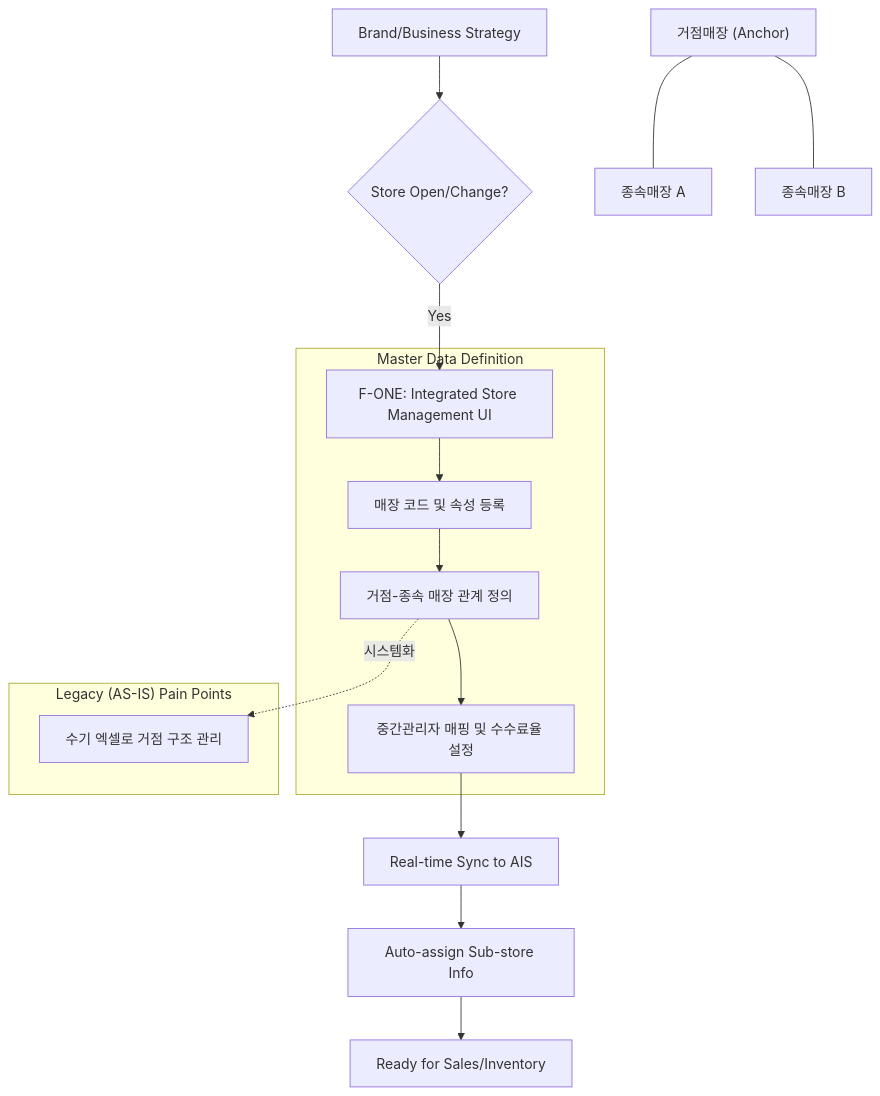
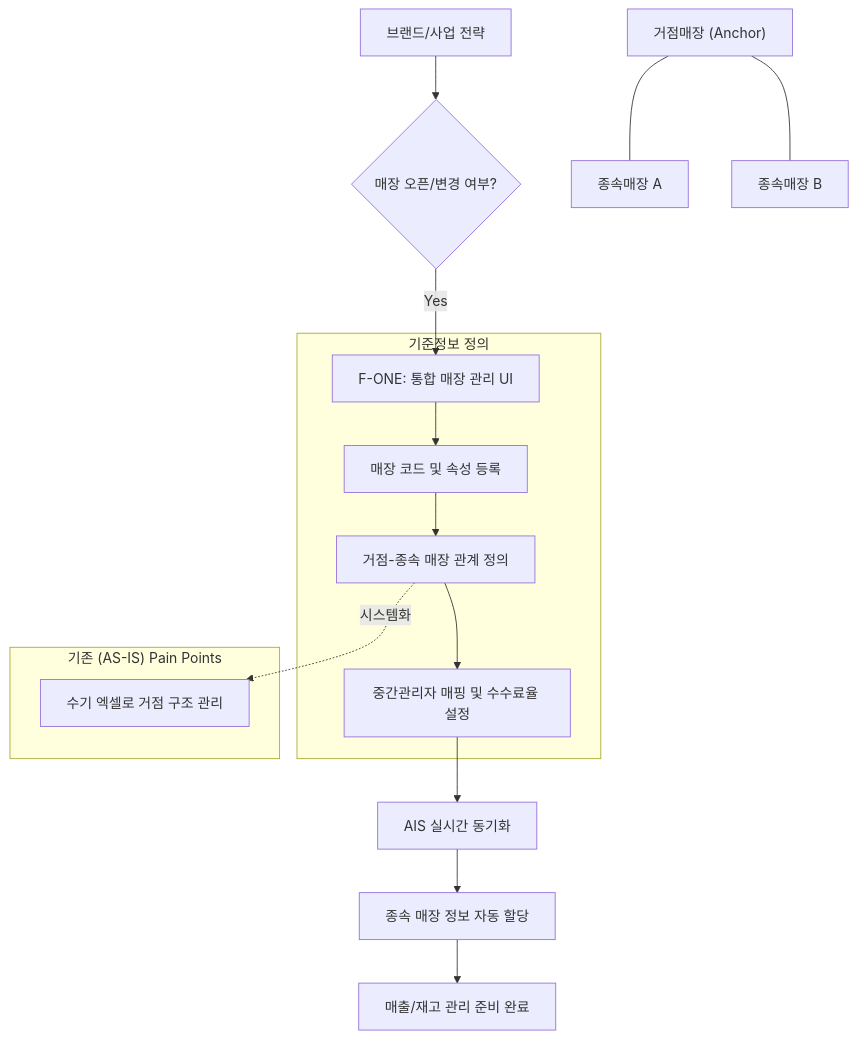
Before and after one commit to sonicsito-pixel/swiki: the first of 5 diagrams in wiki/sources/SALES_MGMT_TOBE_FLOW.md, drawn with Mermaid. The commit also changed other lines of this file, not shown here.

Commit message:
Translate Mermaid diagrams to Korean in SALES_MGMT_TOBE_FLOW.md

````diff
--- a/wiki/sources/SALES_MGMT_TOBE_FLOW.md
+++ b/wiki/sources/SALES_MGMT_TOBE_FLOW.md
@@ -10,24 +10,24 @@
 ```mermaid
 graph TD
-    A["Brand/Business Strategy"] --> B{Store Open/Change?}
-    B -->|Yes| C["F-ONE: Integrated Store Management UI"]
+    A["브랜드/사업 전략"] --> B{매장 오픈/변경 여부?}
+    B -->|Yes| C["F-ONE: 통합 매장 관리 UI"]
     
-    subgraph "Master Data Definition"
+    subgraph "기준정보 정의"
         C --> D[매장 코드 및 속성 등록]
         D --> D1[거점-종속 매장 관계 정의]
         D1 --> D2[중간관리자 매핑 및 수수료율 설정]
     end
 
-    D2 --> E[Real-time Sync to AIS]
-    E --> F[Auto-assign Sub-store Info]
-    F --> G[Ready for Sales/Inventory]
+    D2 --> E[AIS 실시간 동기화]
+    E --> F[종속 매장 정보 자동 할당]
+    F --> G[매출/재고 관리 준비 완료]
     
     %% Hub-Spoke Concept
     H["거점매장 (Anchor)"] --- I["종속매장 A"]
     H --- J["종속매장 B"]
     
-    subgraph "Legacy (AS-IS) Pain Points"
+    subgraph "기존 (AS-IS) Pain Points"
         K["수기 엑셀로 거점 구조 관리"]
     end
     D1 -.->|시스템화| K
 ```
````
